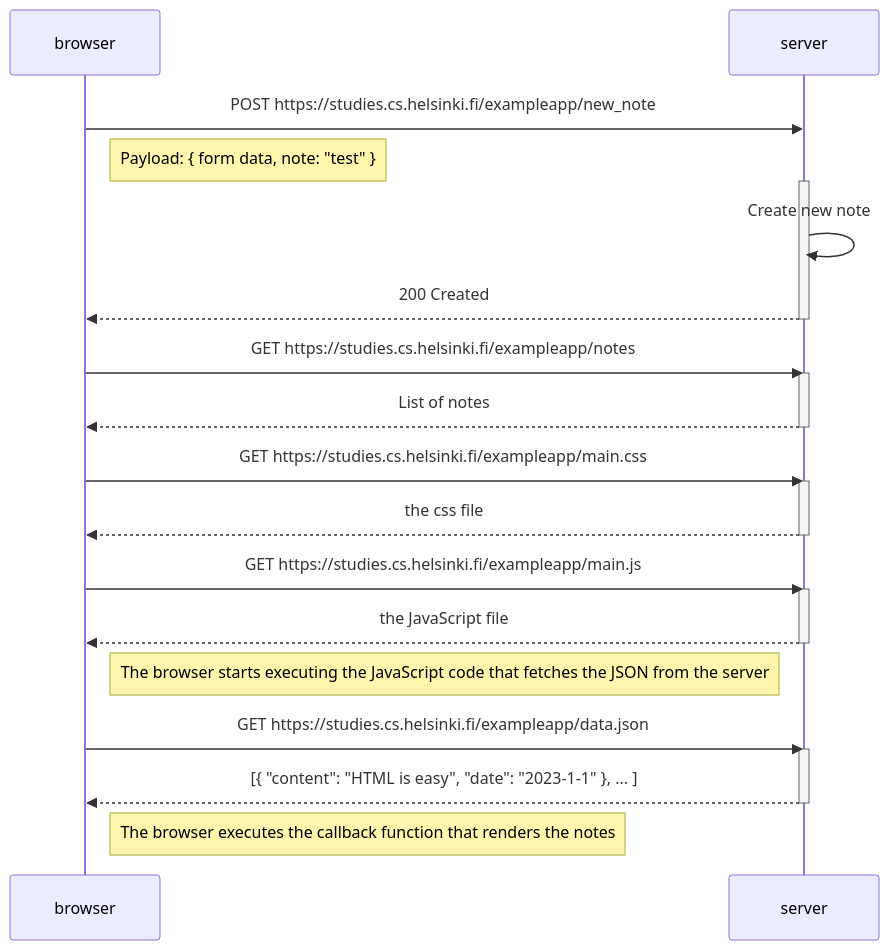
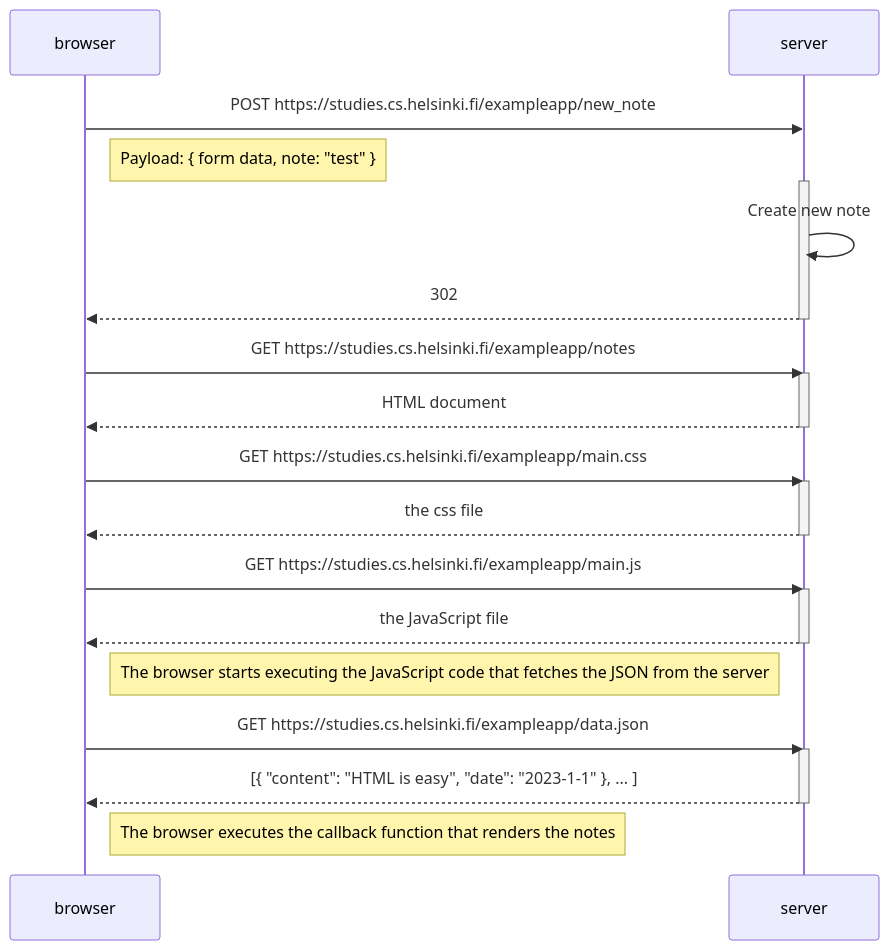
Before and after one commit to RebekkalPangras/FSO2023-Full-Stack-Open-2023: the diagram in part0/new_note_sequence.md, drawn with Mermaid. The commit also changed 1 other file, not shown here.

Commit message:
Single page new note request diagram part 0 ex-0.6

````diff
--- a/part0/new_note_sequence.md
+++ b/part0/new_note_sequence.md
@@ -1,36 +1,36 @@
 ```mermaid
 sequenceDiagram
     participant browser
     participant server
 
     browser->>server: POST https://studies.cs.helsinki.fi/exampleapp/new_note
     Note right of browser: Payload: { form data, note: "test" }
     activate server
     server->>server: Create new note
-    server-->>browser: 200 Created
+    server-->>browser: 302 
     deactivate server
 
     browser->>server: GET https://studies.cs.helsinki.fi/exampleapp/notes
     activate server
-    server-->>browser: List of notes
+    server-->>browser: HTML document
     deactivate server
 
     browser->>server: GET https://studies.cs.helsinki.fi/exampleapp/main.css
     activate server
     server-->>browser: the css file
     deactivate server
 
     browser->>server: GET https://studies.cs.helsinki.fi/exampleapp/main.js
     activate server
     server-->>browser: the JavaScript file
     deactivate server
 
     Note right of browser: The browser starts executing the JavaScript code that fetches the JSON from the server
 
     browser->>server: GET https://studies.cs.helsinki.fi/exampleapp/data.json
     activate server
     server-->>browser: [{ "content": "HTML is easy", "date": "2023-1-1" }, ... ]
     deactivate server
 
     Note right of browser: The browser executes the callback function that renders the notes
 ```
````
